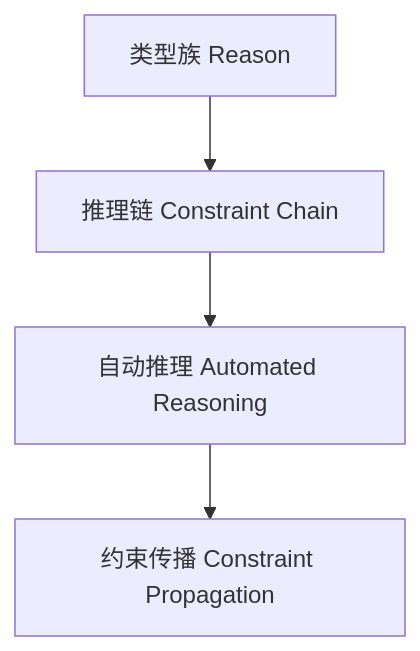
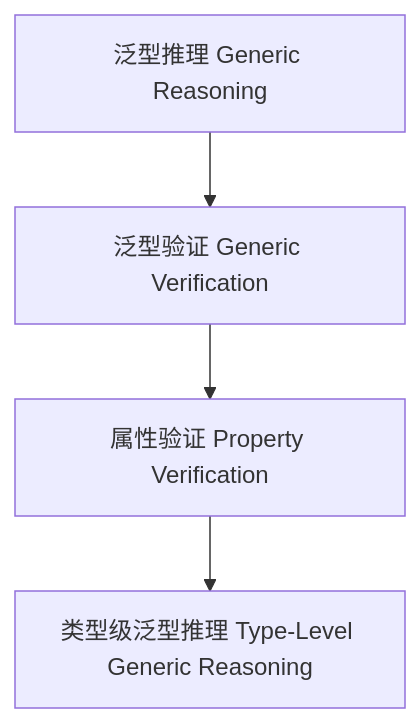
Before and after one commit to AdaMartin18010/haskell: the diagram in docs/analysis/Type/01-Type-Level-Generic-Reasoning.md, drawn with Mermaid. The commit also changed other lines of this file and 21 other files, not shown here.

````diff
--- a/docs/analysis/Type/01-Type-Level-Generic-Reasoning.md
+++ b/docs/analysis/Type/01-Type-Level-Generic-Reasoning.md
@@ -64,6 +67,6 @@
 ```mermaid
 graph TD
-  A[类型族 Reason] --> B[推理链 Constraint Chain]
-  B --> C[自动推理 Automated Reasoning]
-  C --> D[约束传播 Constraint Propagation]
+  A[泛型推理 Generic Reasoning] --> B[泛型验证 Generic Verification]
+  B --> C[属性验证 Property Verification]
+  C --> D[类型级泛型推理 Type-Level Generic Reasoning]
 ```
````
